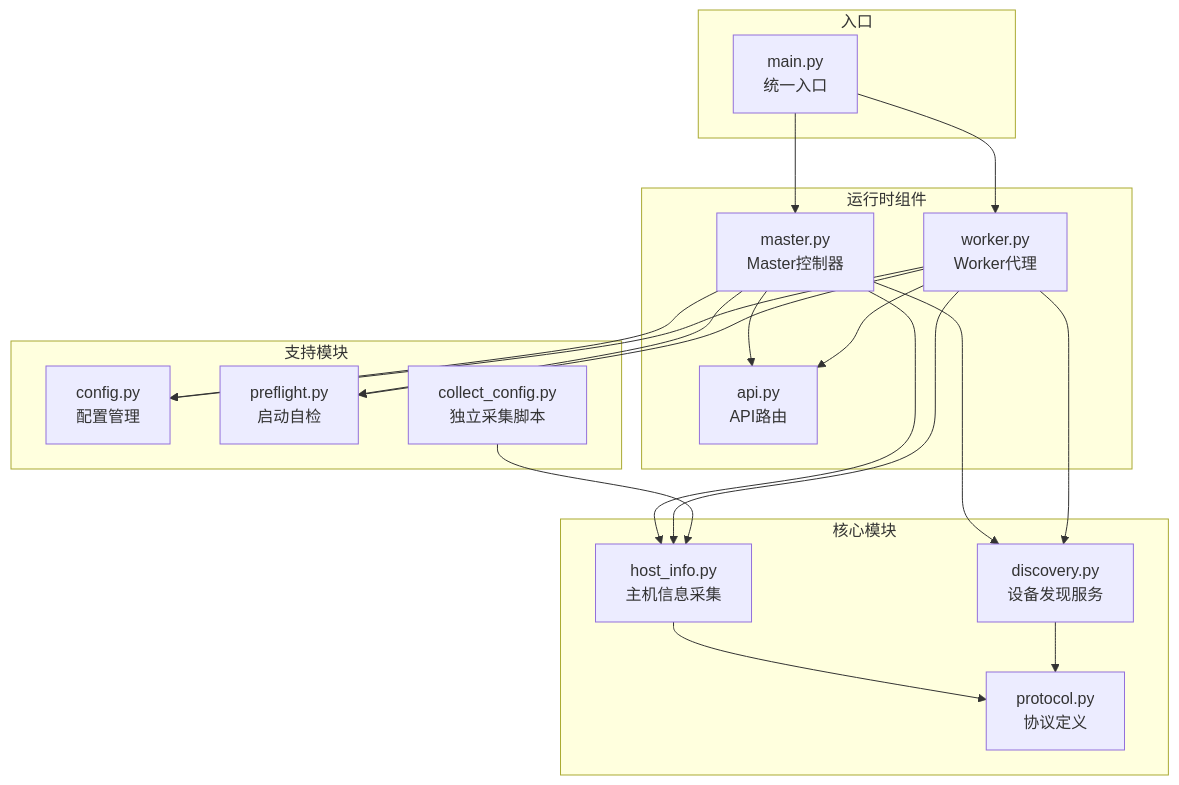
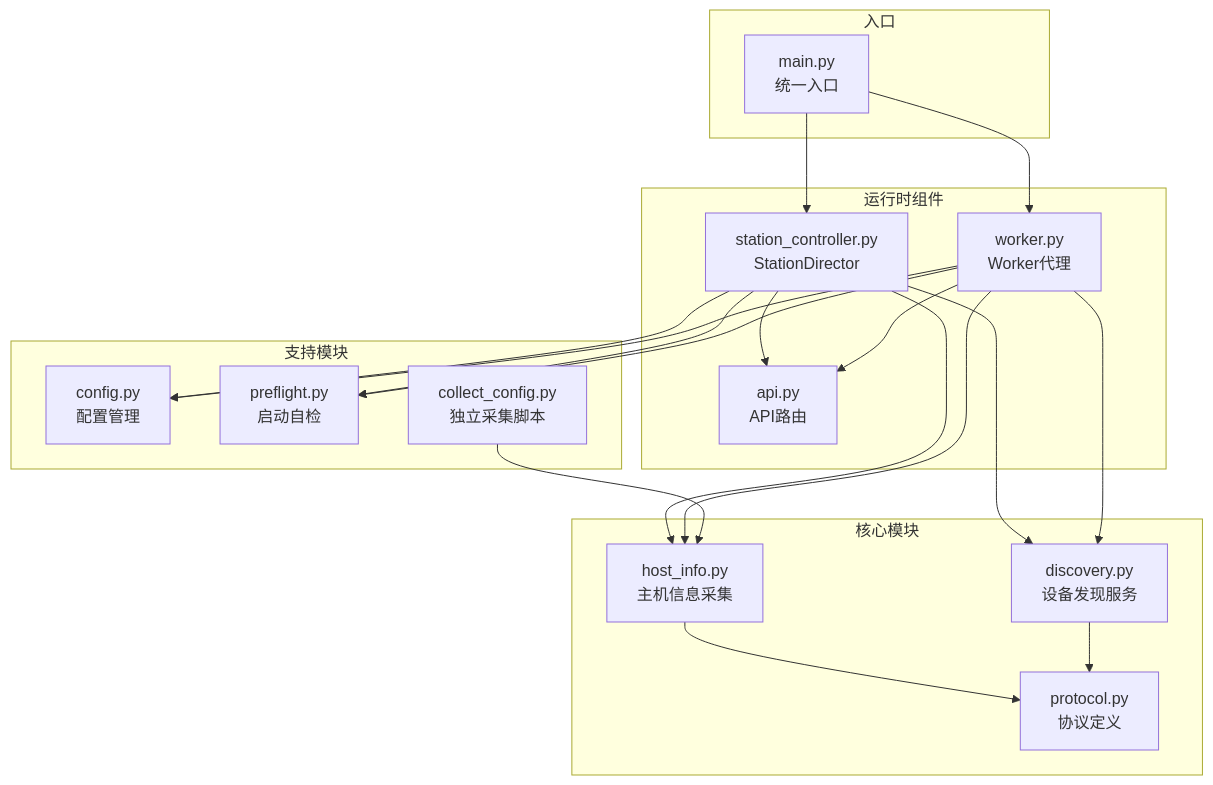
The first of 7 diagrams in .qoder/repowiki/zh/content/架构设计/Worker 代理/主机信息采集.md (targalian/Personal-distributed-workstation), drawn with Mermaid before and after one commit. The commit also changed other lines of this file and 63 other files, not shown here.

Commit message:
docs(station): 同步 repo wiki 至 station_controller/station_api 架构

````diff
--- a/.qoder/repowiki/zh/content/架构设计/Worker 代理/主机信息采集.md
+++ b/.qoder/repowiki/zh/content/架构设计/Worker 代理/主机信息采集.md
@@ -36,36 +36,36 @@
 ```mermaid
 graph TB
 subgraph "核心模块"
 A[host_info.py<br/>主机信息采集]
 B[discovery.py<br/>设备发现服务]
 C[protocol.py<br/>协议定义]
 end
 subgraph "运行时组件"
-D[master.py<br/>Master控制器]
+D[station_controller.py<br/>StationDirector]
 E[worker.py<br/>Worker代理]
 F[api.py<br/>API路由]
 end
 subgraph "支持模块"
 G[config.py<br/>配置管理]
 H[preflight.py<br/>启动自检]
 I[collect_config.py<br/>独立采集脚本]
 end
 subgraph "入口"
 J[main.py<br/>统一入口]
 end
 J --> D
 J --> E
 D --> A
 D --> B
 D --> F
 E --> A
 E --> B
 E --> F
 A --> C
 B --> C
 D --> G
 E --> G
 D --> H
 E --> H
 I --> A
 ```
````
